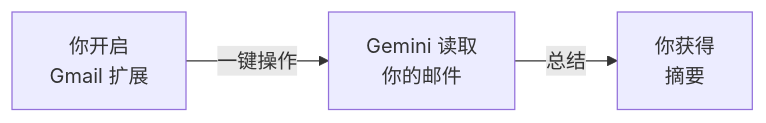
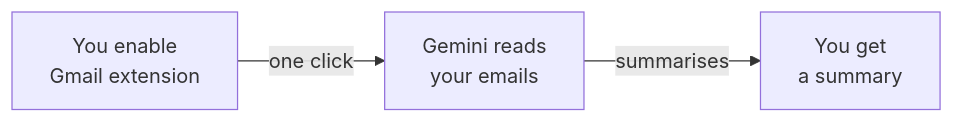
Before and after one commit to ChanMeng666/ai-programming-teaching-project: the second of 2 diagrams in versioned_docs/version-2026-her-waka/tutorial/gmail-summary/overview.mdx, drawn with Mermaid. The commit also changed other lines of this file and 472 other files, not shown here.

````diff
--- a/versioned_docs/version-2026-her-waka/tutorial/gmail-summary/overview.mdx
+++ b/versioned_docs/version-2026-her-waka/tutorial/gmail-summary/overview.mdx
@@ -72,5 +72,5 @@
 ```mermaid
 flowchart LR
-    A["你开启\nGmail 扩展"] -->|"一键操作"| B["Gemini 读取\n你的邮件"]
-    B -->|"总结"| C["你获得\n摘要"]
+    A["You enable\nGmail extension"] -->|"one click"| B["Gemini reads\nyour emails"]
+    B -->|"summarises"| C["You get\na summary"]
 ```
````
